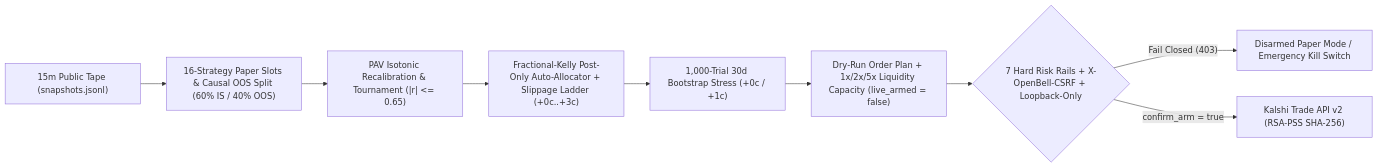
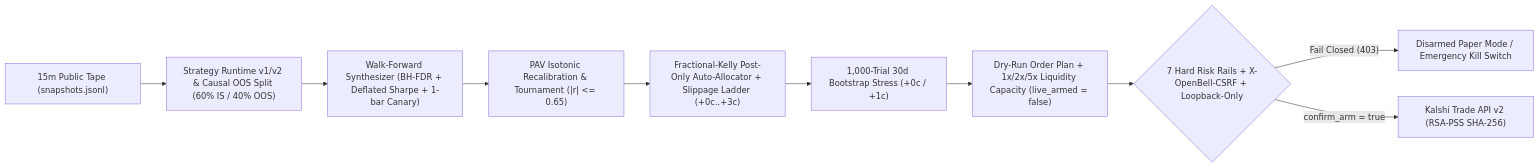
One commit to cayleb-james2008/openbell changed the diagram in README.md. Above: the diagram before and after it, drawn with Mermaid. The commit also changed other lines of this file and 32 other files, not shown here.

Commit message:
chore(release): integrate OpenBell v0.27.0 Strategy Runtime v2 and Edge Synthesizer

````diff
--- a/README.md
+++ b/README.md
@@ -70,11 +94,12 @@
 ```mermaid
 flowchart LR
-  T["15m Public Tape (snapshots.jsonl)"] --> S["16-Strategy Paper Slots & Causal OOS Split (60% IS / 40% OOS)"]
-  S --> Q["PAV Isotonic Recalibration & Tournament (|r| <= 0.65)"]
+  T["15m Public Tape (snapshots.jsonl)"] --> S["Strategy Runtime v1/v2 & Causal OOS Split (60% IS / 40% OOS)"]
+  S --> Y["Walk-Forward Synthesizer (BH-FDR + Deflated Sharpe + 1-bar Canary)"]
+  Y --> Q["PAV Isotonic Recalibration & Tournament (|r| <= 0.65)"]
   Q --> A["Fractional-Kelly Post-Only Auto-Allocator + Slippage Ladder (+0c..+3c)"]
   A --> B["1,000-Trial 30d Bootstrap Stress (+0c / +1c)"]
   B --> P["Dry-Run Order Plan + 1x/2x/5x Liquidity Capacity (live_armed = false)"]
   P --> R{"7 Hard Risk Rails + X-OpenBell-CSRF + Loopback-Only"}
   R -- "Fail Closed (403)" --> D["Disarmed Paper Mode / Emergency Kill Switch"]
   R -- "confirm_arm = true" --> K["Kalshi Trade API v2 (RSA-PSS SHA-256)"]
 ```
````
